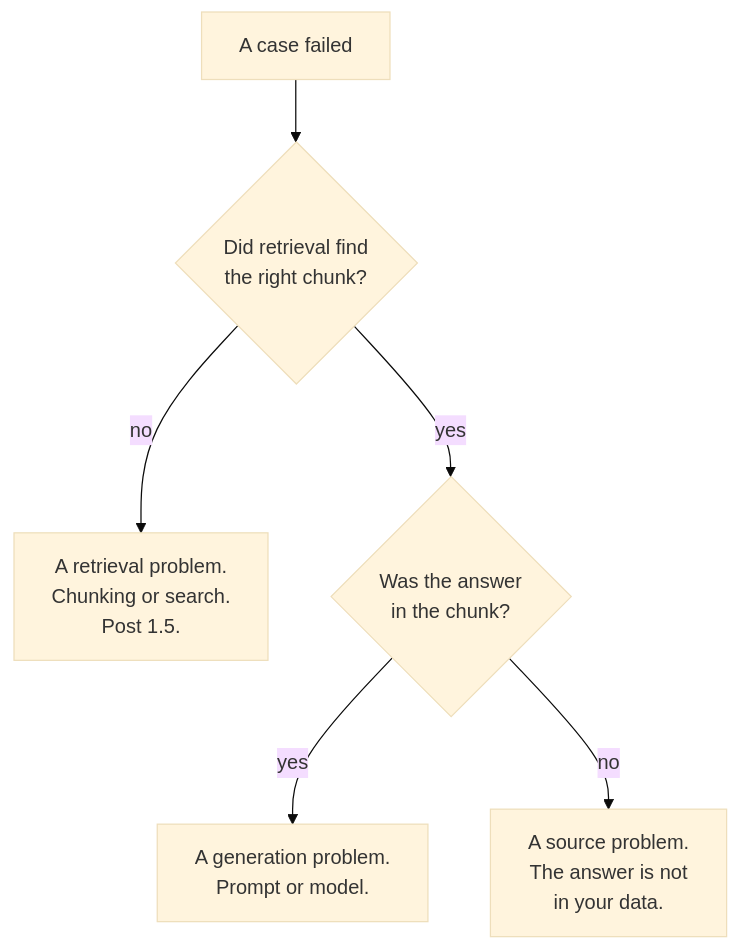
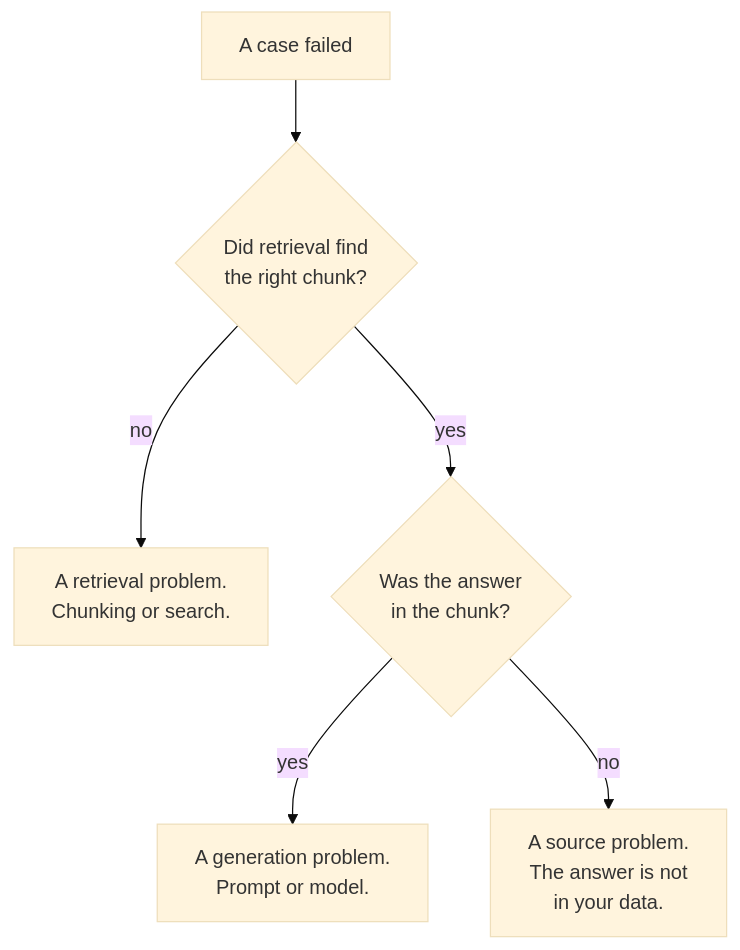
The second of 2 diagrams in src/content/engineering/knowing-whether-it-works.md (riddam/riddam.github.io), drawn with Mermaid (base theme) before and after one commit. The commit also changed other lines of this file and 5 other files, not shown here.

````diff
--- a/src/content/engineering/knowing-whether-it-works.md
+++ b/src/content/engineering/knowing-whether-it-works.md
@@ -305,8 +351,8 @@
 ```mermaid
 flowchart TD
   Q["A case failed"] --> A{"Did retrieval find<br/>the right chunk?"}
-  A -- "no" --> R["A retrieval problem.<br/>Chunking or search.<br/>Post 1.5."]
+  A -- "no" --> R["A retrieval problem.<br/>Chunking or search."]
   A -- "yes" --> B{"Was the answer<br/>in the chunk?"}
   B -- "yes" --> G["A generation problem.<br/>Prompt or model."]
   B -- "no" --> S["A source problem.<br/>The answer is not<br/>in your data."]
 ```
````
